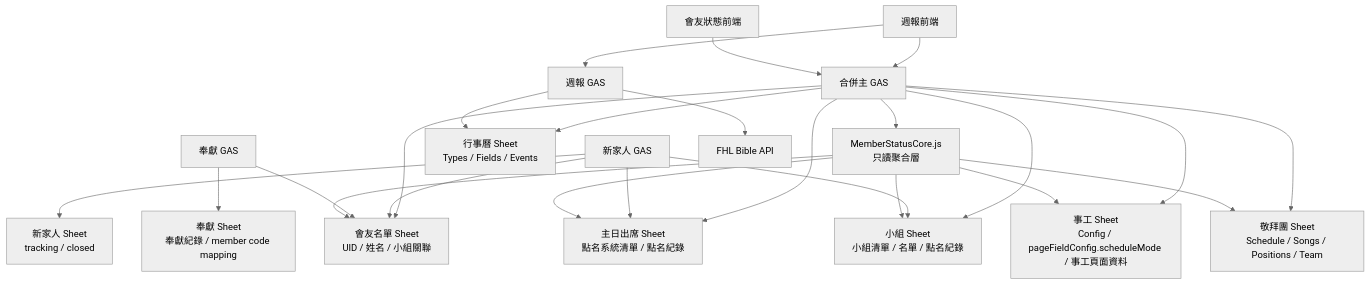
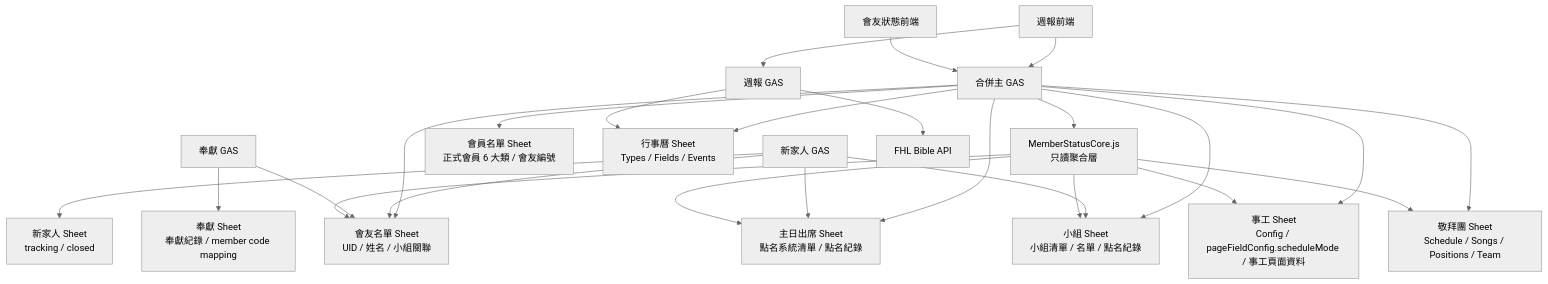
Before and after one commit to JirehWang/JirehWang.github.io: the eighth of 9 diagrams in docs/SYSTEM_RELATION_GRAPH.md, drawn with Mermaid (neutral theme). The commit also changed other lines of this file and 8 other files, not shown here.

````diff
--- a/docs/SYSTEM_RELATION_GRAPH.md
+++ b/docs/SYSTEM_RELATION_GRAPH.md
@@ -384,45 +384,47 @@
 ```mermaid
 flowchart TD
     MainGAS["合併主 GAS"]
     NewFamilyGAS["新家人 GAS"]
     OfferingGAS["奉獻 GAS"]
     BulletinFE["週報前端"]
     MemberStatusFE["會友狀態前端"]
     BulletinGAS["週報 GAS"]
 
     MemberSheet["會友名單 Sheet<br/>UID / 姓名 / 小組關聯"]
+    OfficialMemberSheet["會員名單 Sheet<br/>正式會員 6 大類 / 會友編號"]
     AttendanceSheet["主日出席 Sheet<br/>點名系統清單 / 點名紀錄"]
     GroupSheet["小組 Sheet<br/>小組清單 / 名單 / 點名紀錄"]
     MinistrySheet["事工 Sheet<br/>Config / pageFieldConfig.scheduleMode / 事工頁面資料"]
     CalendarSheet["行事曆 Sheet<br/>Types / Fields / Events"]
     WorshipSheet["敬拜團 Sheet<br/>Schedule / Songs / Positions / Team"]
     NewFamilySheet["新家人 Sheet<br/>tracking / closed"]
     OfferingSheet["奉獻 Sheet<br/>奉獻紀錄 / member code mapping"]
 
     MainGAS --> MemberSheet
+    MainGAS --> OfficialMemberSheet
     MainGAS --> AttendanceSheet
     MainGAS --> GroupSheet
     MainGAS --> MinistrySheet
     MainGAS --> CalendarSheet
     MainGAS --> WorshipSheet
 
     NewFamilyGAS --> NewFamilySheet
     NewFamilyGAS --> MemberSheet
     NewFamilyGAS --> AttendanceSheet
     NewFamilyGAS --> GroupSheet
 
     OfferingGAS --> OfferingSheet
     OfferingGAS --> MemberSheet
 
     BulletinFE --> MainGAS
     MemberStatusFE --> MainGAS
     MainGAS --> MemberStatusCore["MemberStatusCore.js<br/>只讀聚合層"]
     MemberStatusCore --> MemberSheet
     MemberStatusCore --> AttendanceSheet
     MemberStatusCore --> GroupSheet
     MemberStatusCore --> MinistrySheet
     MemberStatusCore --> WorshipSheet
     BulletinFE --> BulletinGAS
     BulletinGAS --> FHL["FHL Bible API"]
     BulletinGAS --> CalendarSheet
 ```
````
